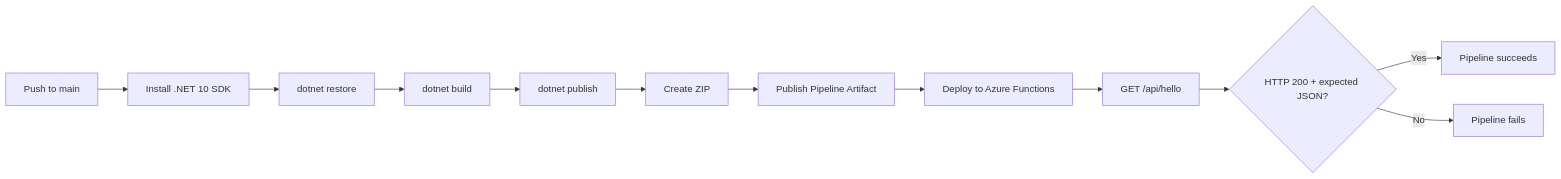
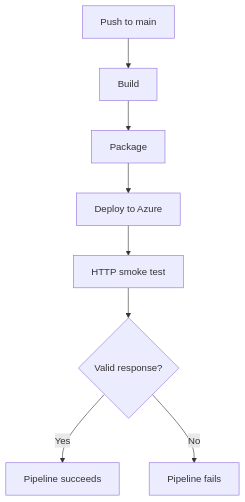
Before and after one commit to considerable/csharp-python-poc: the fifth of 6 diagrams in README.md, drawn with Mermaid. The commit also changed other lines of this file and 1 other file, not shown here.

````diff
--- a/README.md
+++ b/README.md
@@ -172,14 +170,12 @@
 ```mermaid
-flowchart LR
-    A["Push to main"] --> B["Install .NET 10 SDK"]
-    B --> C["dotnet restore"]
-    C --> D["dotnet build"]
-    D --> E["dotnet publish"]
-    E --> F["Create ZIP"]
-    F --> G["Publish Pipeline Artifact"]
-    G --> H["Deploy to Azure Functions"]
-    H --> I["GET /api/hello"]
-    I --> J{"HTTP 200 + expected JSON?"}
-    J -->|Yes| K["Pipeline succeeds"]
-    J -->|No| L["Pipeline fails"]
+flowchart TD
+    A["Push to main"]
+    --> B["Build"]
+    --> C["Package"]
+    --> D["Deploy to Azure"]
+    --> E["HTTP smoke test"]
+
+    E --> F{"Valid response?"}
+    F -->|Yes| G["Pipeline succeeds"]
+    F -->|No| H["Pipeline fails"]
 ```
````
